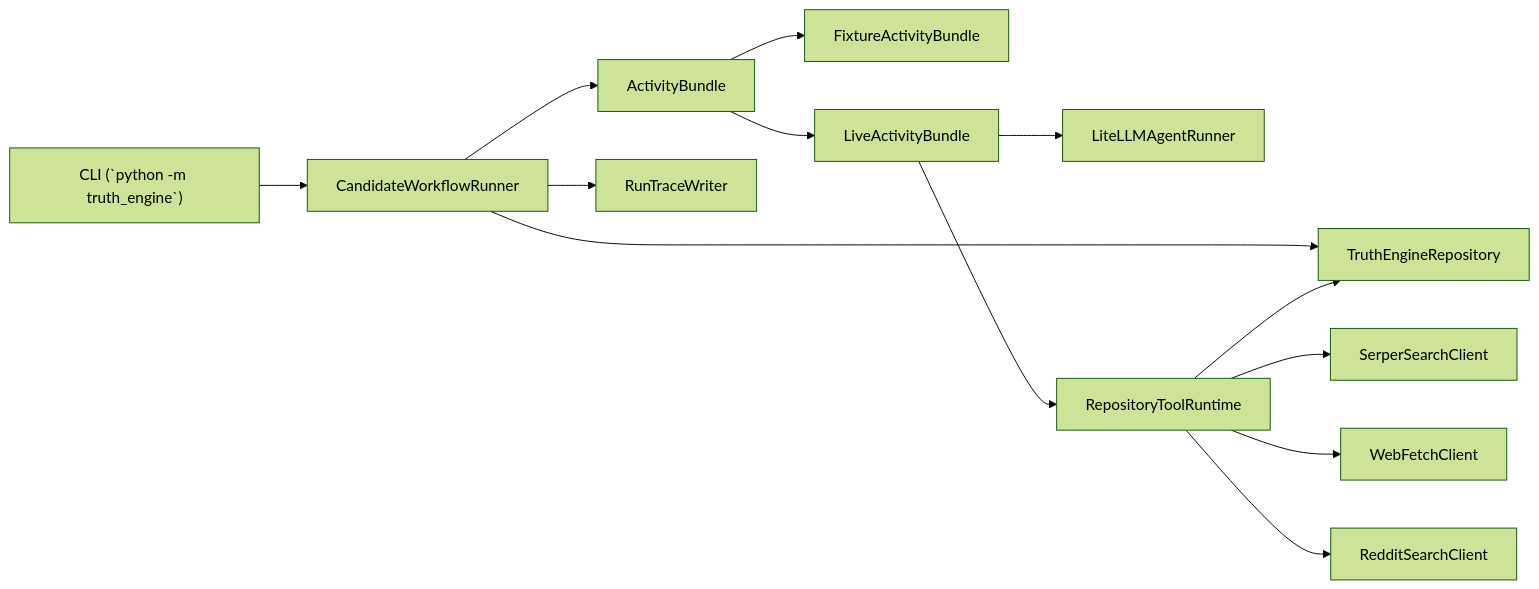
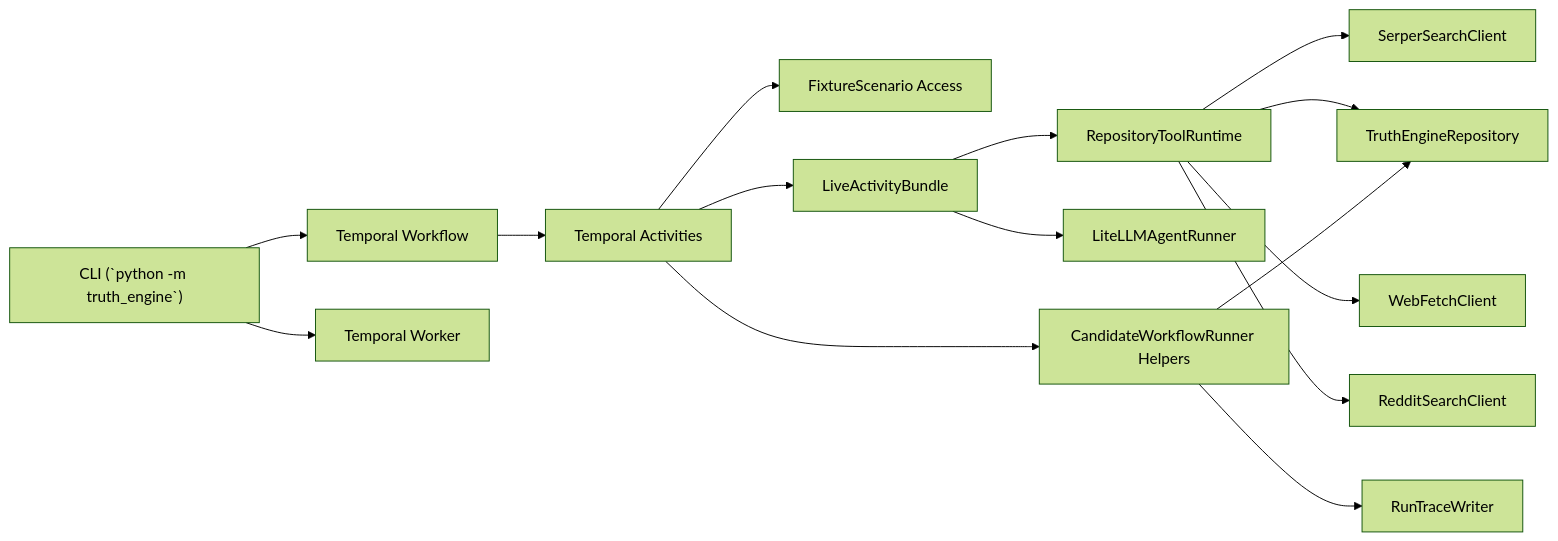
The diagram in docs/architecture.md (LiamVDB1/Truth-Engine), drawn with Mermaid (forest theme) before and after one commit. The commit also changed other lines of this file and 30 other files, not shown here.

````diff
--- a/docs/architecture.md
+++ b/docs/architecture.md
@@ -7,17 +7,20 @@
 ```mermaid
 flowchart LR
-    CLI["CLI (`python -m truth_engine`)"] --> Runner["CandidateWorkflowRunner"]
-    Runner --> Activities["ActivityBundle"]
-    Activities --> Fixture["FixtureActivityBundle"]
+    CLI["CLI (`python -m truth_engine`)"] --> Temporal["Temporal Workflow"]
+    CLI --> Worker["Temporal Worker"]
+
+    Temporal --> Activities["Temporal Activities"]
+    Activities --> Fixture["FixtureScenario Access"]
     Activities --> Live["LiveActivityBundle"]
+    Activities --> Runner["CandidateWorkflowRunner Helpers"]
 
     Runner --> Repo["TruthEngineRepository"]
     Runner --> Trace["RunTraceWriter"]
 
     Live --> LLM["LiteLLMAgentRunner"]
     Live --> Tools["RepositoryToolRuntime"]
     Tools --> Repo
     Tools --> Search["SerperSearchClient"]
     Tools --> Web["WebFetchClient"]
     Tools --> Reddit["RedditSearchClient"]
 ```
````
